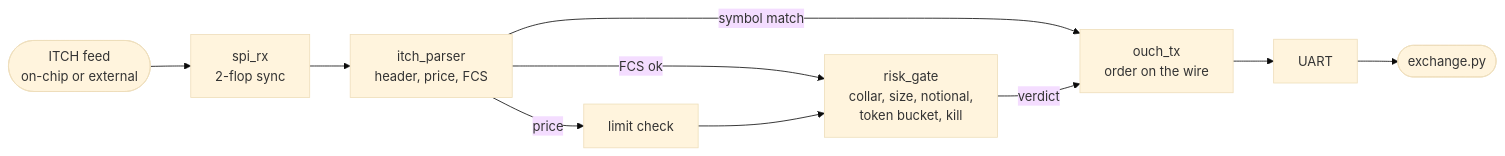
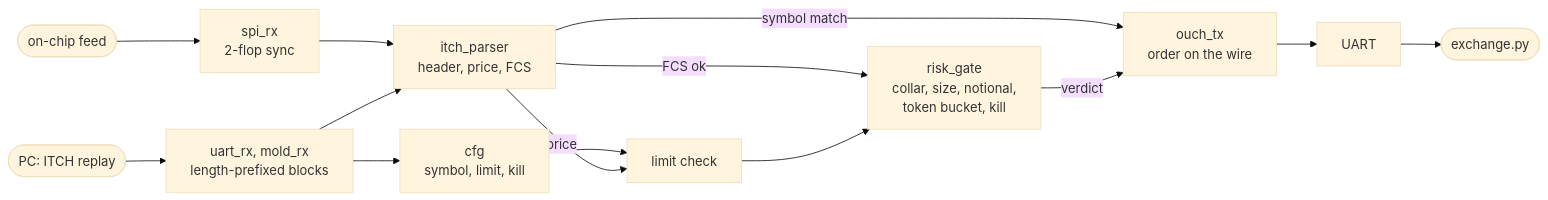
The diagram in hft_gateway/README.md (kfilipekk/FPGA_Tetris), drawn with Mermaid (base theme) before and after one commit. The commit also changed other lines of this file, not shown here.

````diff
--- a/hft_gateway/README.md
+++ b/hft_gateway/README.md
@@ -39,11 +52,15 @@
 ```mermaid
 flowchart LR
-    feed([ITCH feed<br/>on-chip or external]) --> spi[spi_rx<br/>2-flop sync]
+    feed([on-chip feed]) --> spi[spi_rx<br/>2-flop sync]
+    pc([PC: ITCH replay]) --> mold[uart_rx, mold_rx<br/>length-prefixed blocks]
     spi --> parse[itch_parser<br/>header, price, FCS]
+    mold --> parse
+    mold --> cfg[cfg<br/>symbol, limit, kill]
+    cfg --> strat
     parse -- symbol match --> tx[ouch_tx<br/>order on the wire]
     parse -- price --> strat[limit check]
     parse -- FCS ok --> risk[risk_gate<br/>collar, size, notional,<br/>token bucket, kill]
     strat --> risk
     risk -- verdict --> tx
     tx --> uart[UART] --> host([exchange.py])
 ```
````
